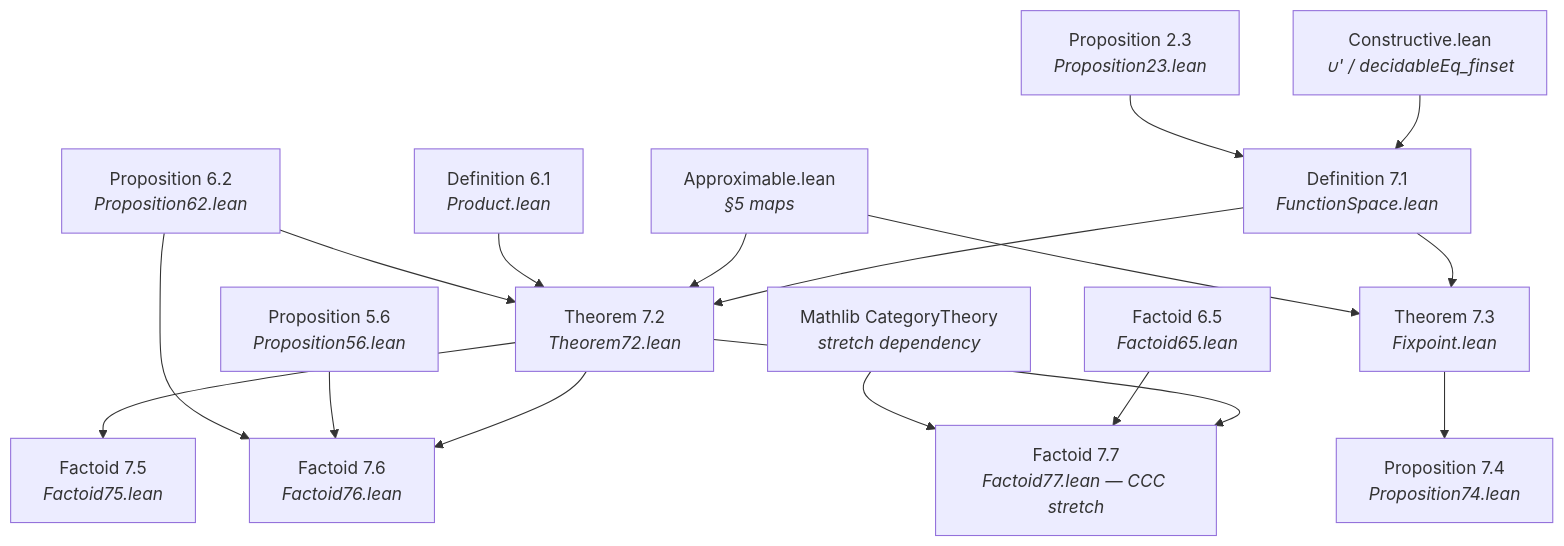
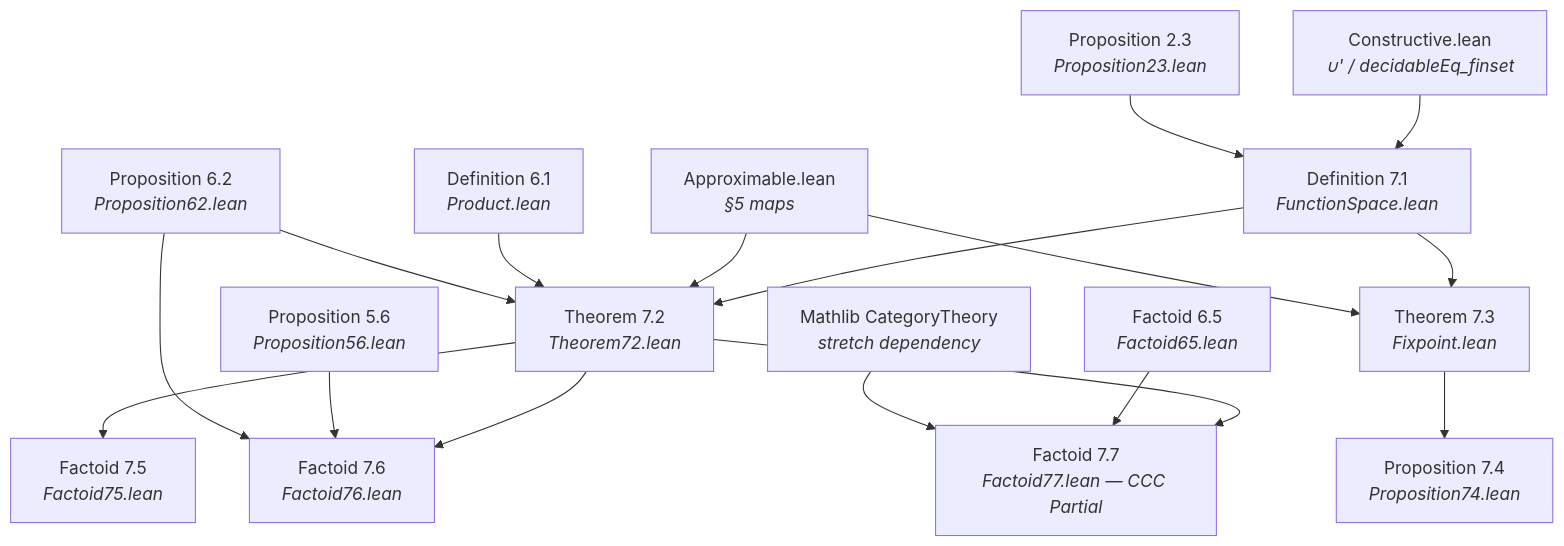
One commit to catskillsresearch/scott1982 changed the ninth of 10 diagrams in arxiv.md. Above: the diagram before and after it, drawn with Mermaid. The commit also changed other lines of this file and 1 other file, not shown here.

First line of the commit message:
Partial Factoid 7.7: InfoSys category, products, and exponential Equiv.

````diff
--- a/arxiv.md
+++ b/arxiv.md
@@ -522,34 +522,34 @@
 ```mermaid
 flowchart TD
   C["Constructive.lean<br/><i>∪' / decidableEq_finset</i>"]
   P23["Proposition 2.3<br/><i>Proposition23.lean</i>"]
   Ap["Approximable.lean<br/><i>§5 maps</i>"]
   D61["Definition 6.1<br/><i>Product.lean</i>"]
   P62["Proposition 6.2<br/><i>Proposition62.lean</i>"]
   P56["Proposition 5.6<br/><i>Proposition56.lean</i>"]
   F65["Factoid 6.5<br/><i>Factoid65.lean</i>"]
   D71["Definition 7.1<br/><i>FunctionSpace.lean</i>"]
   T72["Theorem 7.2<br/><i>Theorem72.lean</i>"]
   T73["Theorem 7.3<br/><i>Fixpoint.lean</i>"]
   P74["Proposition 7.4<br/><i>Proposition74.lean</i>"]
   F75["Factoid 7.5<br/><i>Factoid75.lean</i>"]
   F76["Factoid 7.6<br/><i>Factoid76.lean</i>"]
-  F77["Factoid 7.7<br/><i>Factoid77.lean — CCC stretch</i>"]
+  F77["Factoid 7.7<br/><i>Factoid77.lean — CCC Partial</i>"]
   CT["Mathlib CategoryTheory<br/><i>stretch dependency</i>"]
   C --> D71
   P23 --> D71
   D71 --> T72
   Ap --> T72
   D61 --> T72
   P62 --> T72
   D71 --> T73
   Ap --> T73
   T73 --> P74
   T72 --> F75
   T72 --> F76
   P56 --> F76
   P62 --> F76
   T72 --> F77
   F65 --> F77
   CT --> F77
 ```
````
